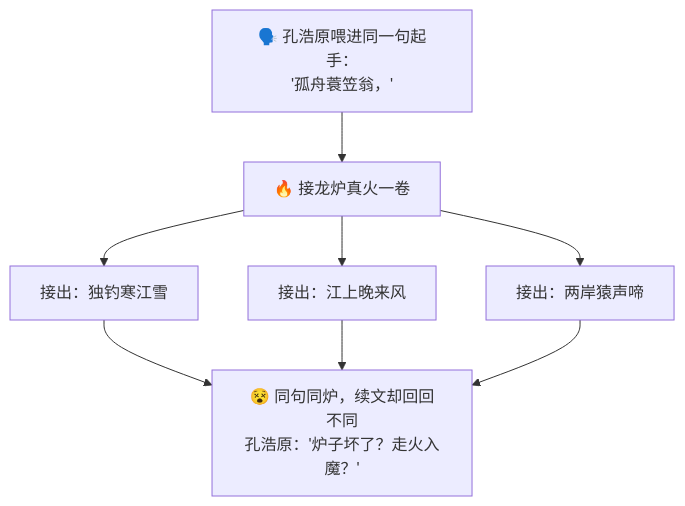
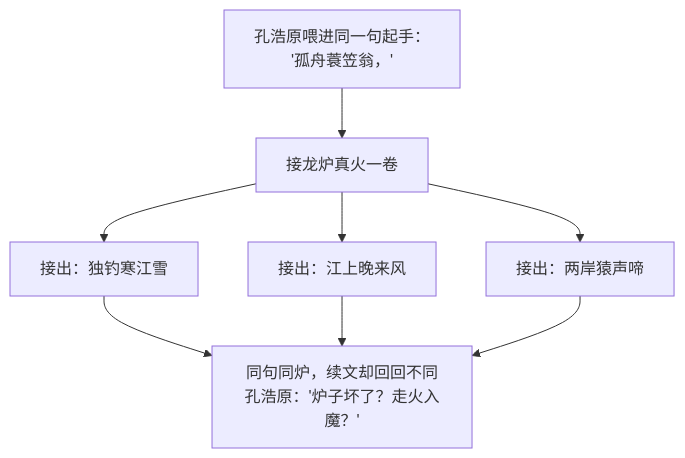
Before and after one commit to luckykhy/KhyAiHub: the first of 3 diagrams in docs/09_STORY_修仙学AI/STORY-番外/[STORY-番外-114] 番外15·火候心诀·随机造化.md, drawn with Mermaid. The commit also changed other lines of this file and 19 other files, not shown here.

````diff
--- a/docs/09_STORY_修仙学AI/STORY-番外/[STORY-番外-114] 番外15·火候心诀·随机造化.md
+++ b/docs/09_STORY_修仙学AI/STORY-番外/[STORY-番外-114] 番外15·火候心诀·随机造化.md
@@ -29,10 +29,10 @@
 ```mermaid
 flowchart TB
-  Q["🗣️ 孔浩原喂进同一句起手：<br/>'孤舟蓑笠翁，'"] --> FIRE["🔥 接龙炉真火一卷"]
+  Q["孔浩原喂进同一句起手：<br/>'孤舟蓑笠翁，'"] --> FIRE["接龙炉真火一卷"]
   FIRE --> A["接出：独钓寒江雪"]
   FIRE --> B["接出：江上晚来风"]
   FIRE --> C["接出：两岸猿声啼"]
-  A --> WHY["😵 同句同炉，续文却回回不同<br/>孔浩原：'炉子坏了？走火入魔？'"]
+  A --> WHY["同句同炉，续文却回回不同<br/>孔浩原：'炉子坏了？走火入魔？'"]
   B --> WHY
   C --> WHY
 ```
````
